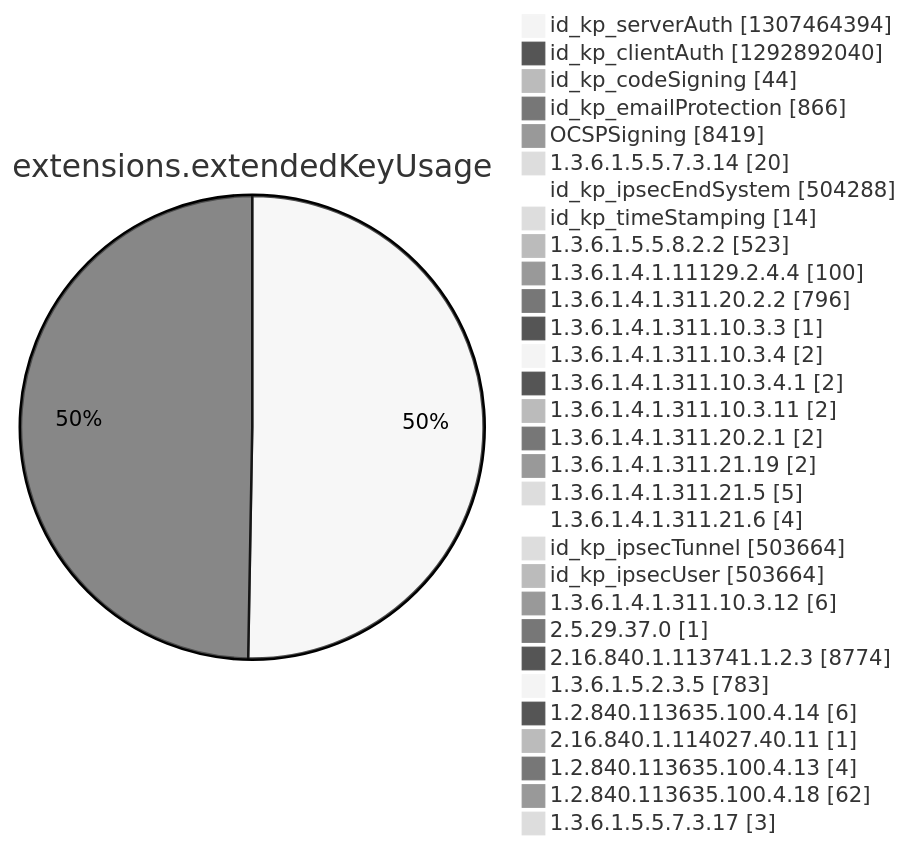
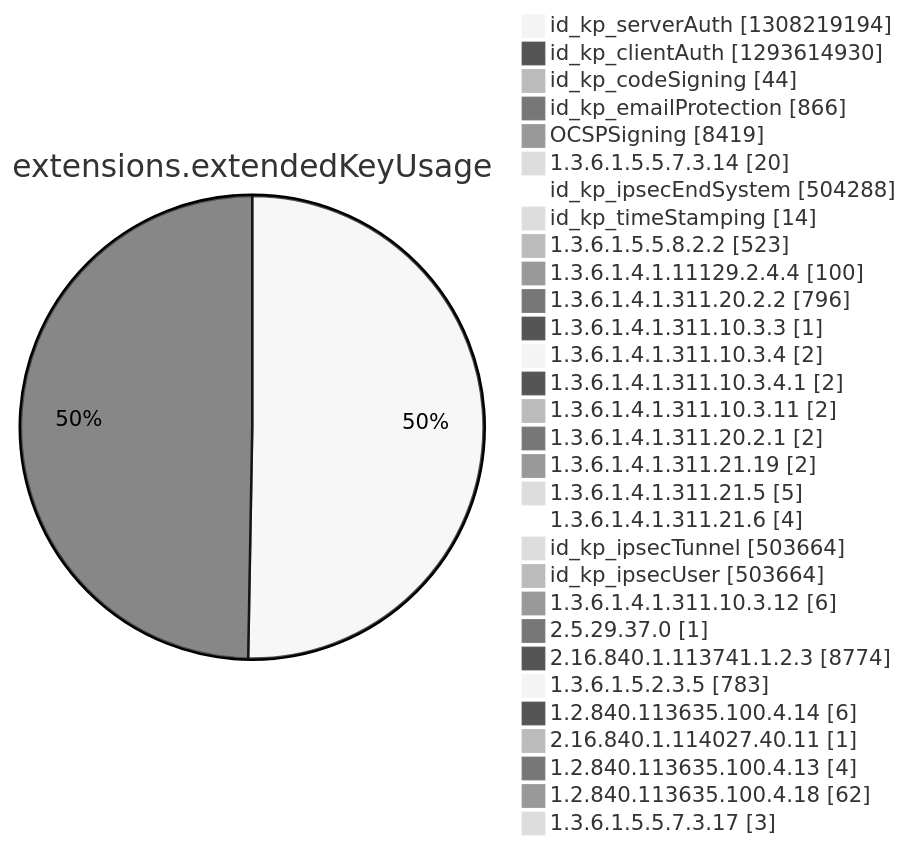
One commit to christiankrug/ctmonitor_visualization changed diagram 12 of 15 in argon2022/README.md. Above: the diagram before and after it, drawn with Mermaid (neutral theme). The commit also changed other lines of this file, not shown here.

````diff
--- a/argon2022/README.md
+++ b/argon2022/README.md
@@ -3552,34 +3552,34 @@
 ```mermaid
 pie showData
 title extensions.extendedKeyUsage
-"id_kp_serverAuth" :1307464394
-"id_kp_clientAuth" :1292892040
+"id_kp_serverAuth" :1308219194
+"id_kp_clientAuth" :1293614930
 "id_kp_codeSigning" :44
 "id_kp_emailProtection" :866
 "OCSPSigning" :8419
 "1.3.6.1.5.5.7.3.14" :20
 "id_kp_ipsecEndSystem" :504288
 "id_kp_timeStamping" :14
 "1.3.6.1.5.5.8.2.2" :523
 "1.3.6.1.4.1.11129.2.4.4" :100
 "1.3.6.1.4.1.311.20.2.2" :796
 "1.3.6.1.4.1.311.10.3.3" :1
 "1.3.6.1.4.1.311.10.3.4" :2
 "1.3.6.1.4.1.311.10.3.4.1" :2
 "1.3.6.1.4.1.311.10.3.11" :2
 "1.3.6.1.4.1.311.20.2.1" :2
 "1.3.6.1.4.1.311.21.19" :2
 "1.3.6.1.4.1.311.21.5" :5
 "1.3.6.1.4.1.311.21.6" :4
 "id_kp_ipsecTunnel" :503664
 "id_kp_ipsecUser" :503664
 "1.3.6.1.4.1.311.10.3.12" :6
 "2.5.29.37.0" :1
 "2.16.840.1.113741.1.2.3" :8774
 "1.3.6.1.5.2.3.5" :783
 "1.2.840.113635.100.4.14" :6
 "2.16.840.1.114027.40.11" :1
 "1.2.840.113635.100.4.13" :4
 "1.2.840.113635.100.4.18" :62
 "1.3.6.1.5.5.7.3.17" :3
 ```
````
